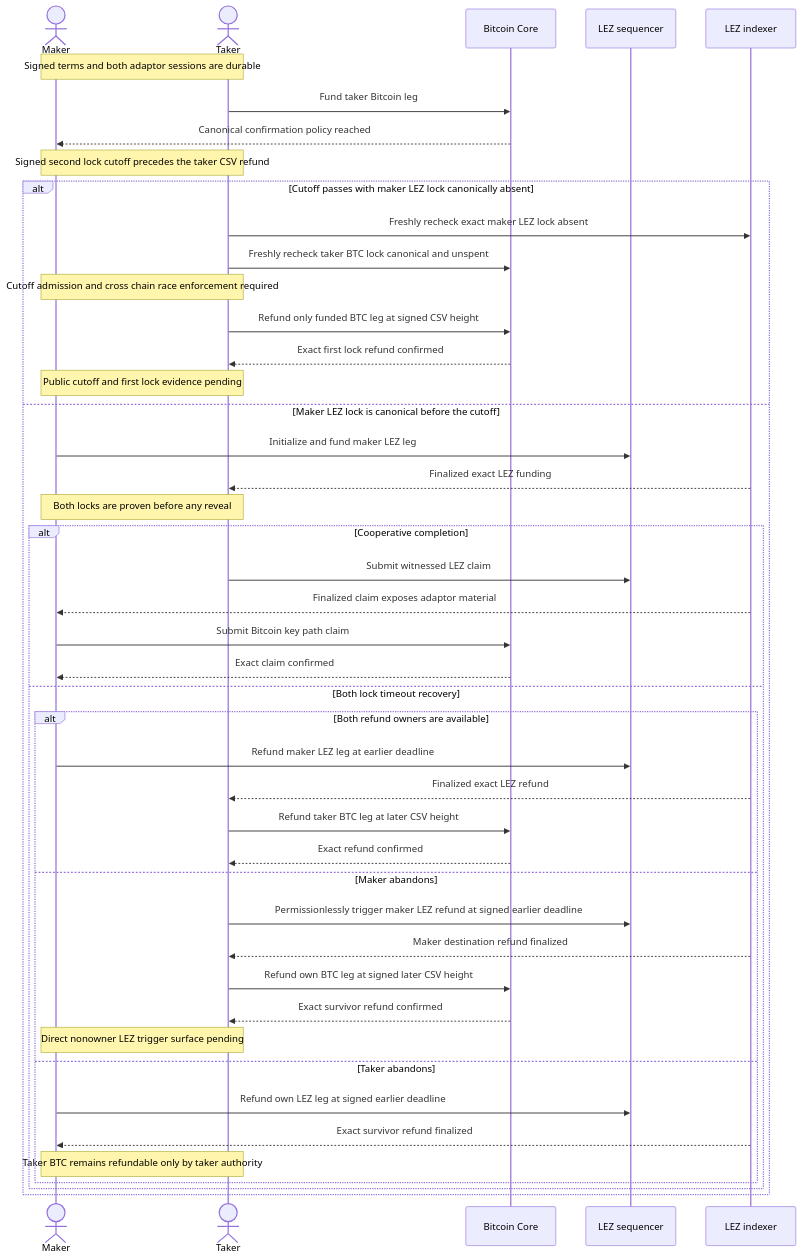
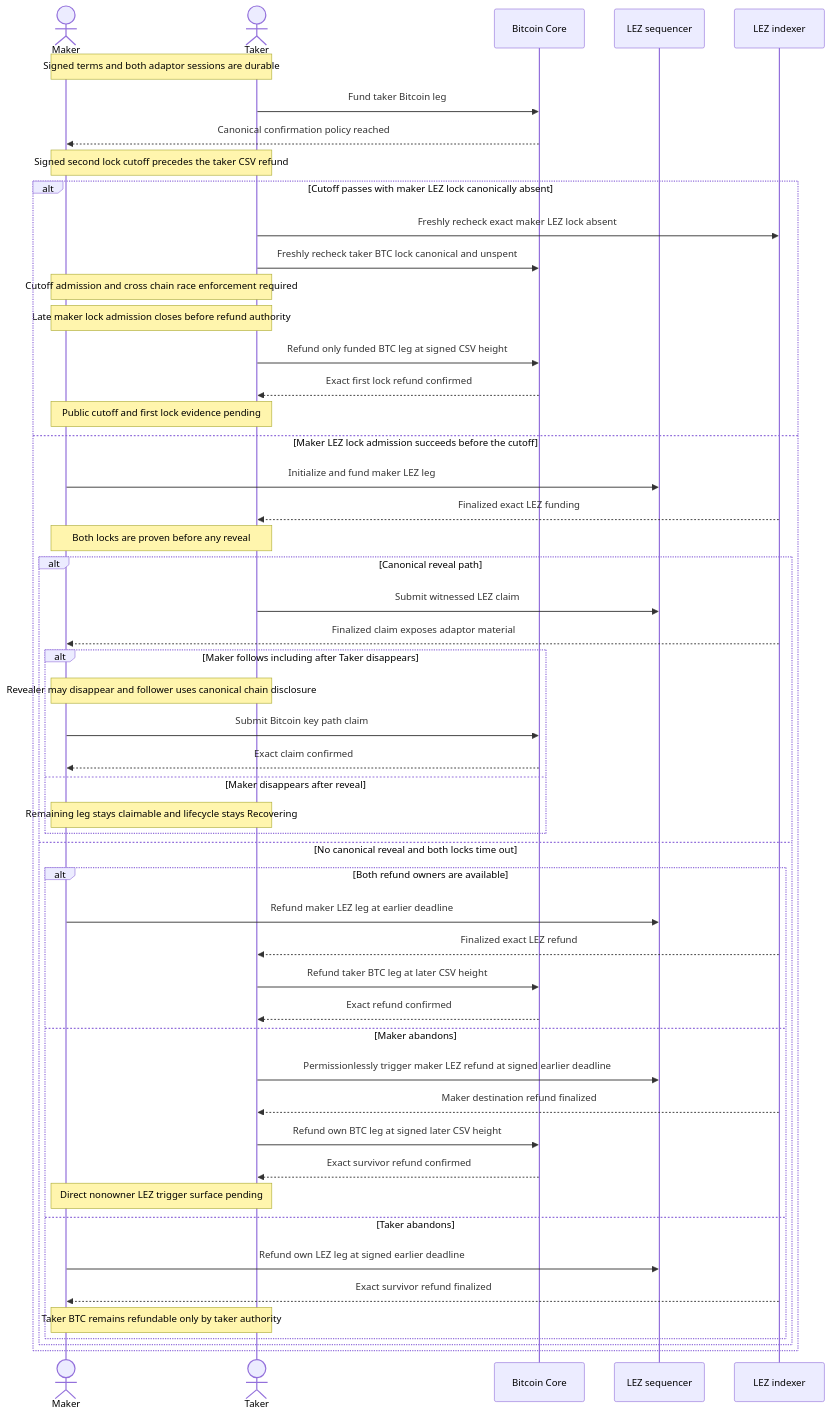
Before and after one commit to gateway-fm/lez-atomic-swaps: diagram 12 of 21 in docs/architecture/system-architecture.md, drawn with Mermaid. The commit also changed other lines of this file and 25 other files, not shown here.

Commit message:
feat: gate first-lock recovery on canonical absence

````diff
--- a/docs/architecture/system-architecture.md
+++ b/docs/architecture/system-architecture.md
@@ -1229,48 +1241,54 @@
 ```mermaid
 sequenceDiagram
     actor Maker
     actor Taker
     participant Bitcoin as Bitcoin Core
     participant LezSeq as LEZ sequencer
     participant LezIdx as LEZ indexer
 
     Note over Maker,Taker: Signed terms and both adaptor sessions are durable
     Taker->>Bitcoin: Fund taker Bitcoin leg
     Bitcoin-->>Maker: Canonical confirmation policy reached
     Note over Maker,Taker: Signed second lock cutoff precedes the taker CSV refund
     alt Cutoff passes with maker LEZ lock canonically absent
         Taker->>LezIdx: Freshly recheck exact maker LEZ lock absent
         Taker->>Bitcoin: Freshly recheck taker BTC lock canonical and unspent
         Note over Maker,Taker: Cutoff admission and cross chain race enforcement required
+        Note over Maker,Taker: Late maker lock admission closes before refund authority
         Taker->>Bitcoin: Refund only funded BTC leg at signed CSV height
         Bitcoin-->>Taker: Exact first lock refund confirmed
         Note over Maker,Taker: Public cutoff and first lock evidence pending
-    else Maker LEZ lock is canonical before the cutoff
+    else Maker LEZ lock admission succeeds before the cutoff
         Maker->>LezSeq: Initialize and fund maker LEZ leg
         LezIdx-->>Taker: Finalized exact LEZ funding
         Note over Maker,Taker: Both locks are proven before any reveal
-        alt Cooperative completion
+        alt Canonical reveal path
             Taker->>LezSeq: Submit witnessed LEZ claim
             LezIdx-->>Maker: Finalized claim exposes adaptor material
-            Maker->>Bitcoin: Submit Bitcoin key path claim
-            Bitcoin-->>Maker: Exact claim confirmed
-        else Both lock timeout recovery
+            alt Maker follows including after Taker disappears
+                Note over Maker,Taker: Revealer may disappear and follower uses canonical chain disclosure
+                Maker->>Bitcoin: Submit Bitcoin key path claim
+                Bitcoin-->>Maker: Exact claim confirmed
+            else Maker disappears after reveal
+                Note over Maker,Taker: Remaining leg stays claimable and lifecycle stays Recovering
+            end
+        else No canonical reveal and both locks time out
             alt Both refund owners are available
                 Maker->>LezSeq: Refund maker LEZ leg at earlier deadline
                 LezIdx-->>Taker: Finalized exact LEZ refund
                 Taker->>Bitcoin: Refund taker BTC leg at later CSV height
                 Bitcoin-->>Taker: Exact refund confirmed
             else Maker abandons
                 Taker->>LezSeq: Permissionlessly trigger maker LEZ refund at signed earlier deadline
                 LezIdx-->>Taker: Maker destination refund finalized
                 Taker->>Bitcoin: Refund own BTC leg at signed later CSV height
                 Bitcoin-->>Taker: Exact survivor refund confirmed
                 Note over Maker,Taker: Direct nonowner LEZ trigger surface pending
             else Taker abandons
                 Maker->>LezSeq: Refund own LEZ leg at signed earlier deadline
                 LezIdx-->>Maker: Exact survivor refund finalized
                 Note over Maker,Taker: Taker BTC remains refundable only by taker authority
             end
         end
     end
 ```
````
